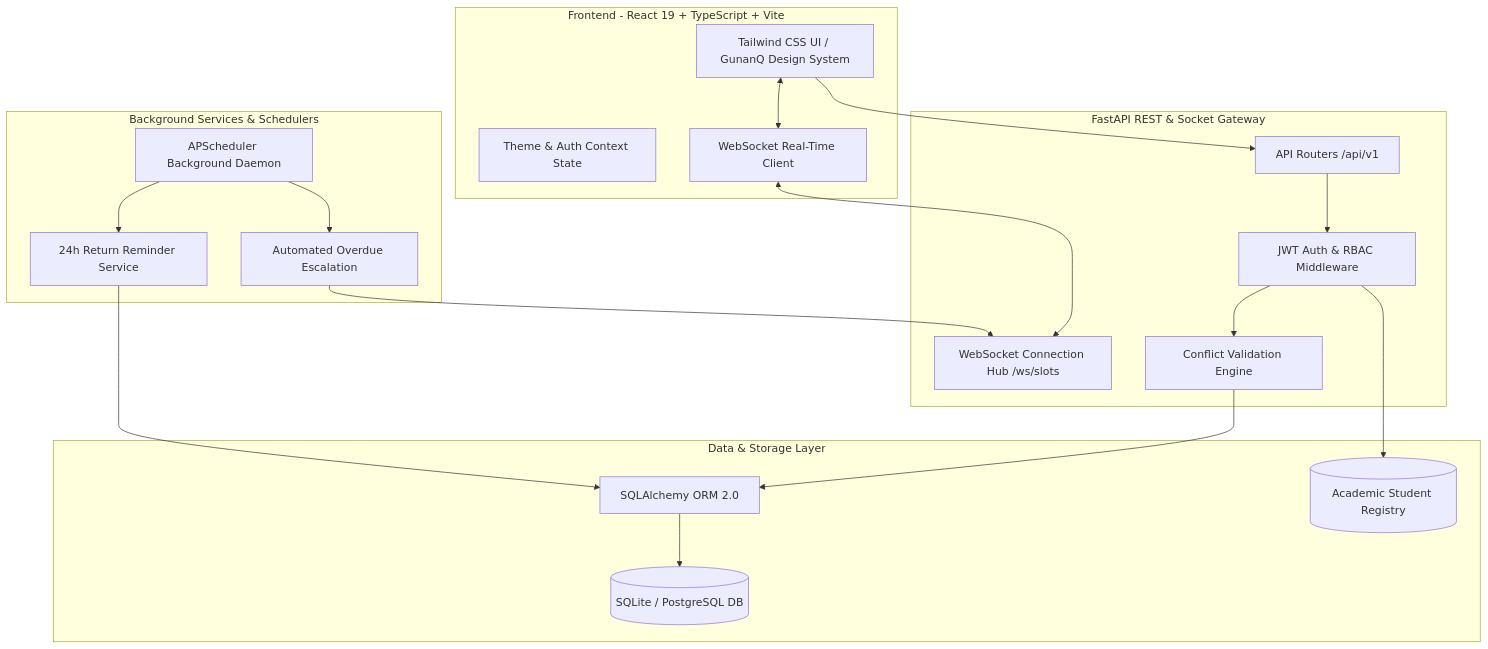
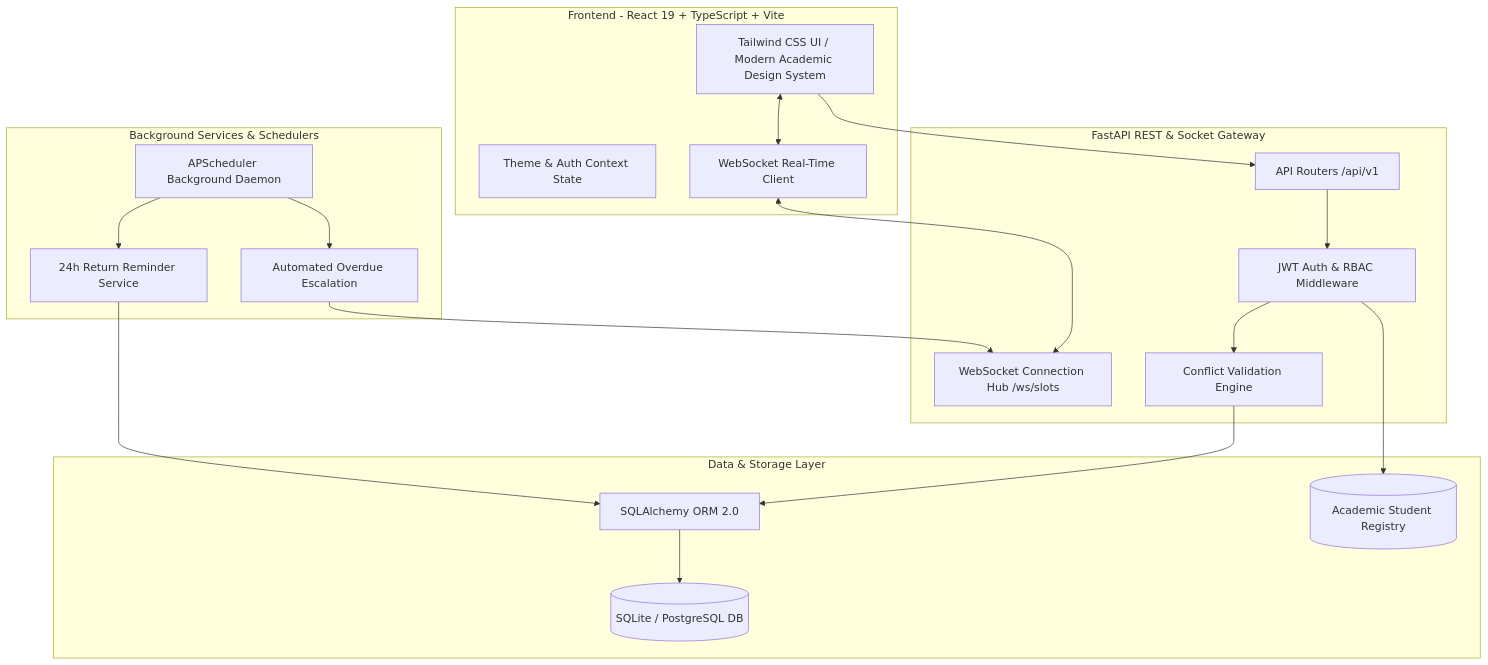
Before and after one commit to Vansh-Codez/Smart-Campus-Equipment-Lab-Booking-System: the diagram in README.md, drawn with Mermaid. The commit also changed other lines of this file and 6 other files, not shown here.

````diff
--- a/README.md
+++ b/README.md
@@ -65,40 +65,40 @@
 ```mermaid
 graph TD
     subgraph Client Tier [Frontend - React 19 + TypeScript + Vite]
-        UI[Tailwind CSS UI / GunanQ Design System]
+        UI[Tailwind CSS UI / Modern Academic Design System]
         State[Theme & Auth Context State]
         WS_Client[WebSocket Real-Time Client]
     end
 
     subgraph Gateway Tier [FastAPI REST & Socket Gateway]
         Router[API Routers /api/v1]
         AuthGuard[JWT Auth & RBAC Middleware]
         WS_Hub[WebSocket Connection Hub /ws/slots]
         ConflictEngine[Conflict Validation Engine]
     end
 
     subgraph Service Tier [Background Services & Schedulers]
         Scheduler[APScheduler Background Daemon]
         ReminderJob[24h Return Reminder Service]
         OverdueJob[Automated Overdue Escalation]
     end
 
     subgraph Persistence Tier [Data & Storage Layer]
         ORM[SQLAlchemy ORM 2.0]
         DB[(SQLite / PostgreSQL DB)]
         Registry[(Academic Student Registry)]
     end
 
     UI --> Router
     UI <--> WS_Client
     WS_Client <--> WS_Hub
     Router --> AuthGuard
     AuthGuard --> ConflictEngine
     ConflictEngine --> ORM
     Scheduler --> ReminderJob
     Scheduler --> OverdueJob
     ReminderJob --> ORM
     OverdueJob --> WS_Hub
     ORM --> DB
     AuthGuard --> Registry
 ```
````
